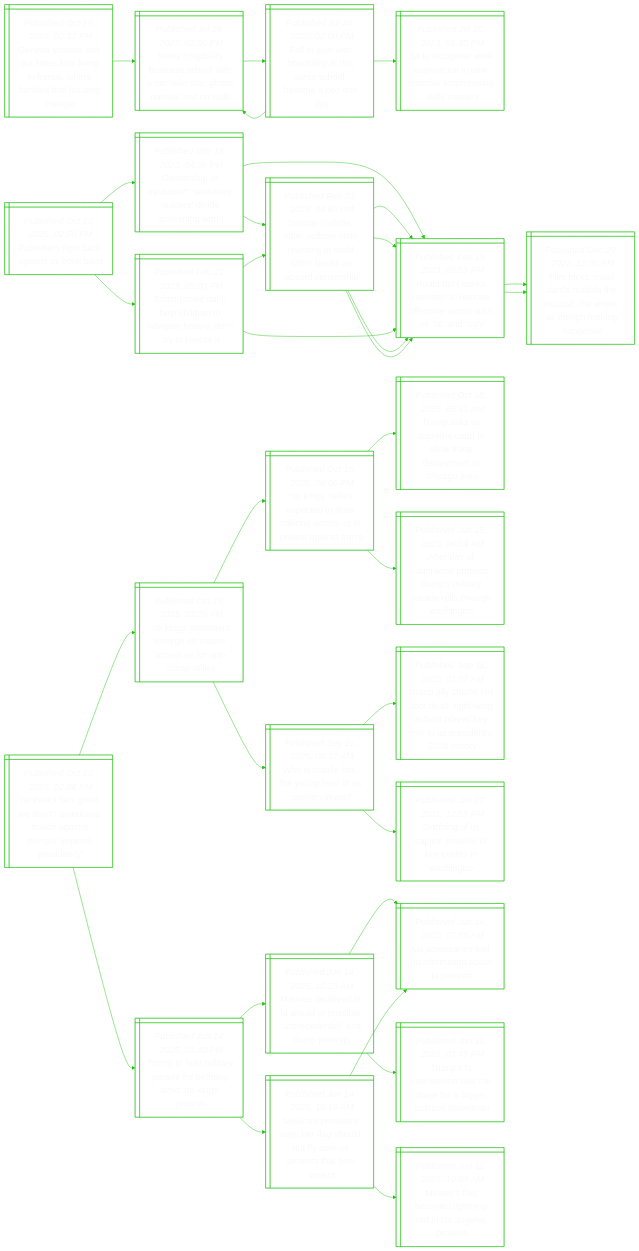
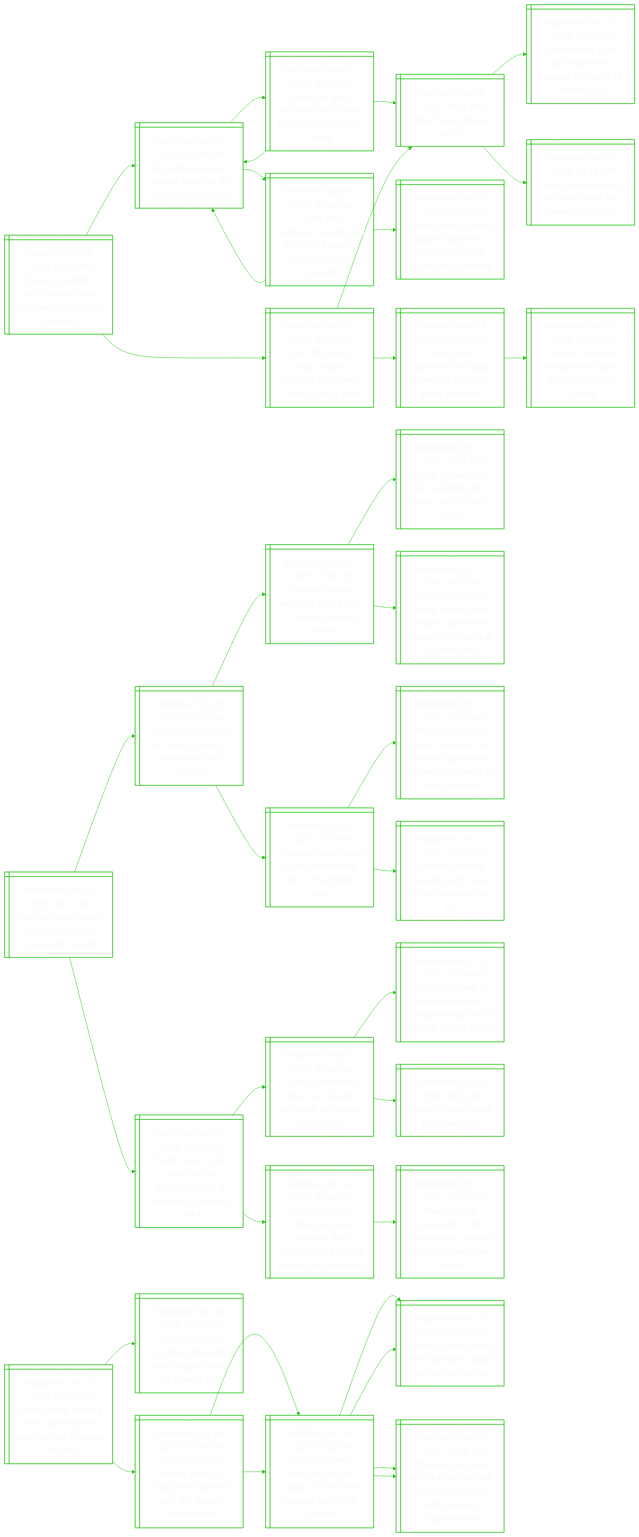
Before and after one commit to notJmes/notJmes: the diagram in README.md, drawn with Mermaid. The commit also changed other lines of this file, not shown here.

````diff
--- a/README.md
+++ b/README.md
@@ -16,106 +16,118 @@
 flowchart LR
 classDef txtsize font-size:20px;
 
-GaocSkiinemshna@{ shape: win-pane, label: "_Published Oct 19, 2025, 02:57 PM_
-Geneva schools kick out swiss kids living in france, where families find housing cheaper" }
-ShtyncwMlabtaw@{ shape: win-pane, label: "_Published Jul 24, 2023, 02:00 PM_
-Swiss hospitality business school with a michelin star, global outlook and no walls" }
-FnwoaassooEd@{ shape: win-pane, label: "_Published Jul 24, 2023, 02:00 PM_
-Fall in love with hospitality at this swiss school, become a ceo one day" }
-ShtyncwMlabtaw@{ shape: win-pane, label: "_Published Jul 24, 2023, 02:00 PM_
-Swiss hospitality business school with a michelin star, global outlook and no walls" }
-Srnopnniipskmr@{ shape: win-pane, label: "_Published Jul 20, 2023, 05:30 PM_
-Sit to recognise work experience in new initiative emphasising skills mastery" }
+Nxnimeenebe@{ shape: win-pane, label: "_Published Oct 19, 2025, 06:44 PM_
+Nuns, ex-satanic priest among seven new saints created by pope leo" }
+UdPscooimat@{ shape: win-pane, label: "_Published May 09, 2025, 12:09 AM_
+Us cardinal prevost elected pope leo xiv, first american pontiff" }
+Arnclaenigi@{ shape: win-pane, label: "_Published May 09, 2025, 06:49 AM_
+A reformer and a reconciler: what pope leo’s new reign might bring" }
+Prsa@{ shape: win-pane, label: "_Published Apr 21, 2025, 04:01 PM_
+Pope francis dies at age 88" }
+UdPscooimat@{ shape: win-pane, label: "_Published May 09, 2025, 12:09 AM_
+Us cardinal prevost elected pope leo xiv, first american pontiff" }
+IfarPeoselbia@{ shape: win-pane, label: "_Published May 09, 2025, 03:40 AM_
+In his first appearance, pope leo xiv offers three big clues about his papacy" }
+UdPscooimat@{ shape: win-pane, label: "_Published May 09, 2025, 12:09 AM_
+Us cardinal prevost elected pope leo xiv, first american pontiff" }
+Prsraoddsiasv@{ shape: win-pane, label: "_Published Apr 26, 2025, 09:05 AM_
+Pope francis’ funeral draws thousands, cardinal says his legacy must survive" }
+Gnnoflcsielta@{ shape: win-pane, label: "_Published Sep 07, 2025, 04:52 PM_
+‘god’s influencer’: pope officially declares italian teen carlo acutis a saint" }
+Prsa@{ shape: win-pane, label: "_Published Apr 21, 2025, 04:01 PM_
+Pope francis dies at age 88" }
+Prsdafoaaos@{ shape: win-pane, label: "_Published Mar 23, 2025, 01:28 AM_
+Pope francis to be discharged from hospital on march 23, doctor says" }
+PrsrVaeessl@{ shape: win-pane, label: "_Published Mar 23, 2025, 07:19 PM_
+Pope francis returns to vatican after five weeks in hospital" }
+Plsholinnsie@{ shape: win-pane, label: "_Published May 23, 2024, 06:46 PM_
+Pope clears sainthood for italian millennial known as ‘god’s influencer’" }
+Vassooesnai@{ shape: win-pane, label: "_Published May 31, 2023, 05:55 AM_
+Vatican chastises bishops who stoke division on social media" }
 
-GaocSkiinemshna:::txtsize --> ShtyncwMlabtaw:::txtsize
-ShtyncwMlabtaw:::txtsize --> FnwoaassooEd:::txtsize
-FnwoaassooEd:::txtsize --> ShtyncwMlabtaw:::txtsize
-FnwoaassooEd:::txtsize --> Srnopnniipskmr:::txtsize
+Nxnimeenebe:::txtsize --> UdPscooimat:::txtsize
+UdPscooimat:::txtsize --> Arnclaenigi:::txtsize
+Arnclaenigi:::txtsize --> Prsa:::txtsize
+Arnclaenigi:::txtsize --> UdPscooimat:::txtsize
+UdPscooimat:::txtsize --> IfarPeoselbia:::txtsize
+IfarPeoselbia:::txtsize --> UdPscooimat:::txtsize
+IfarPeoselbia:::txtsize --> Prsraoddsiasv:::txtsize
+Nxnimeenebe:::txtsize --> Gnnoflcsielta:::txtsize
+Gnnoflcsielta:::txtsize --> Prsa:::txtsize
+Prsa:::txtsize --> Prsdafoaaos:::txtsize
+Prsa:::txtsize --> PrsrVaeessl:::txtsize
+Gnnoflcsielta:::txtsize --> Plsholinnsie:::txtsize
+Plsholinnsie:::txtsize --> Vassooesnai:::txtsize
 
-Psfbgtos@{ shape: win-pane, label: "_Published Oct 19, 2025, 02:50 PM_
-Publishers fight back against us book bans" }
-Crolnitdipsw@{ shape: win-pane, label: "_Published Mar 18, 2023, 04:06 PM_
-Censorship or evolution? ‘sensitivity readers’ divide publishing world" }
-RDoetrenwssny@{ shape: win-pane, label: "_Published Feb 19, 2023, 05:59 PM_
-Roald dahl books rewritten to remove offensive words such as ‘fat’ and ‘ugly’" }
-Fioaaaulhsghae@{ shape: win-pane, label: "_Published Dec 29, 2022, 12:00 PM_
-Film picks: roald dahl’s matilda the musical, the whale, as though nothing happened" }
-SndhtseiRDbaunh@{ shape: win-pane, label: "_Published Feb 20, 2023, 04:40 PM_
-Salman rushdie, other authors slam rewriting of roald dahl’s books as ‘absurd censorship’" }
-RDoetrenwssny@{ shape: win-pane, label: "_Published Feb 19, 2023, 05:59 PM_
-Roald dahl books rewritten to remove offensive words such as ‘fat’ and ‘ugly’" }
-RDoetrenwssny@{ shape: win-pane, label: "_Published Feb 19, 2023, 05:59 PM_
-Roald dahl books rewritten to remove offensive words such as ‘fat’ and ‘ugly’" }
-Enllcrnasdree@{ shape: win-pane, label: "_Published Feb 21, 2023, 05:00 PM_
-Editing roald dahl: help children to navigate history, don’t try to rewrite it" }
-RDoetrenwssny@{ shape: win-pane, label: "_Published Feb 19, 2023, 05:59 PM_
-Roald dahl books rewritten to remove offensive words such as ‘fat’ and ‘ugly’" }
-Fioaaaulhsghae@{ shape: win-pane, label: "_Published Dec 29, 2022, 12:00 PM_
-Film picks: roald dahl’s matilda the musical, the whale, as though nothing happened" }
-SndhtseiRDbaunh@{ shape: win-pane, label: "_Published Feb 20, 2023, 04:40 PM_
-Salman rushdie, other authors slam rewriting of roald dahl’s books as ‘absurd censorship’" }
-RDoetrenwssny@{ shape: win-pane, label: "_Published Feb 19, 2023, 05:59 PM_
-Roald dahl books rewritten to remove offensive words such as ‘fat’ and ‘ugly’" }
-RDoetrenwssny@{ shape: win-pane, label: "_Published Feb 19, 2023, 05:59 PM_
-Roald dahl books rewritten to remove offensive words such as ‘fat’ and ‘ugly’" }
+ZsglgtaRari@{ shape: win-pane, label: "_Published Oct 19, 2025, 06:27 PM_
+Zelensky urges allies against appeasing russia after us trip" }
+TtZsmdshlss@{ shape: win-pane, label: "_Published Oct 18, 2025, 03:27 AM_
+Trump tells zelensky to ‘make a deal’ as tomahawk plea misfires" }
+Zseafrnouu@{ shape: win-pane, label: "_Published Oct 17, 2025, 10:31 PM_
+Zelensky seeks weapons from trump in shadow of putin summit" }
+Tttndtrttcke@{ shape: win-pane, label: "_Published Oct 16, 2025, 11:15 PM_
+Trump to meet putin in budapest after ‘great’ call to discuss ukraine" }
+Kisnpihniwbelds@{ shape: win-pane, label: "_Published Oct 17, 2025, 06:50 PM_
+Kremlin says putin-trump summit may happen within two weeks, but there’s a lot to do first" }
+Zsguerwkhds@{ shape: win-pane, label: "_Published Oct 11, 2025, 10:10 PM_
+Zelensky urges trump to end ukraine war like in ‘the middle east’" }
+TssHaossaaorslaoe@{ shape: win-pane, label: "_Published Oct 09, 2025, 05:09 AM_
+Trump says israel, hamas agree on first phase of gaza deal, allowing release of all israeli hostages" }
+Zsneitsdsit@{ shape: win-pane, label: "_Published Oct 11, 2024, 01:22 AM_
+Zelensky denies ceasefire with russia under discussion on trip" }
+Tsemunpogrnil@{ shape: win-pane, label: "_Published May 19, 2025, 10:54 PM_
+Trump says he will meet putin in budapest, touting progress in ukraine talks" }
+TPdtsUncamre@{ shape: win-pane, label: "_Published Aug 16, 2025, 03:43 AM_
+Trump-putin direct talks over ukraine conclude as summit stretches on" }
+Tweszaeiaoilst@{ shape: win-pane, label: "_Published Aug 15, 2025, 12:04 PM_
+Trump will seek to squeeze ukraine ceasefire deal out of putin at alaska summit" }
+Ddplee@{ shape: win-pane, label: "_Published Aug 15, 2025, 06:00 PM_
+Donald trump: nobel prize laureate?" }
+Tdrcaaededlncbs@{ shape: win-pane, label: "_Published Oct 14, 2025, 07:45 PM_
+Trump declares victory as gaza ceasefire deal reached, but a lasting peace may be elusive" }
+PflcoMeNelale@{ shape: win-pane, label: "_Published Oct 14, 2025, 12:05 AM_
+Peace finally descends on the middle east: now the battle to make it last begins" }
 
-Psfbgtos:::txtsize --> Crolnitdipsw:::txtsize
-Crolnitdipsw:::txtsize --> RDoetrenwssny:::txtsize
-RDoetrenwssny:::txtsize --> Fioaaaulhsghae:::txtsize
-Crolnitdipsw:::txtsize --> SndhtseiRDbaunh:::txtsize
-SndhtseiRDbaunh:::txtsize --> RDoetrenwssny:::txtsize
-SndhtseiRDbaunh:::txtsize --> RDoetrenwssny:::txtsize
-Psfbgtos:::txtsize --> Enllcrnasdree:::txtsize
-Enllcrnasdree:::txtsize --> RDoetrenwssny:::txtsize
-RDoetrenwssny:::txtsize --> Fioaaaulhsghae:::txtsize
-Enllcrnasdree:::txtsize --> SndhtseiRDbaunh:::txtsize
-SndhtseiRDbaunh:::txtsize --> RDoetrenwssny:::txtsize
-SndhtseiRDbaunh:::txtsize --> RDoetrenwssny:::txtsize
+ZsglgtaRari:::txtsize --> TtZsmdshlss:::txtsize
+TtZsmdshlss:::txtsize --> Zseafrnouu:::txtsize
+Zseafrnouu:::txtsize --> Tttndtrttcke:::txtsize
+Zseafrnouu:::txtsize --> Kisnpihniwbelds:::txtsize
+TtZsmdshlss:::txtsize --> Zsguerwkhds:::txtsize
+Zsguerwkhds:::txtsize --> TssHaossaaorslaoe:::txtsize
+Zsguerwkhds:::txtsize --> Zsneitsdsit:::txtsize
+ZsglgtaRari:::txtsize --> Tsemunpogrnil:::txtsize
+Tsemunpogrnil:::txtsize --> TPdtsUncamre:::txtsize
+TPdtsUncamre:::txtsize --> Tweszaeiaoilst:::txtsize
+TPdtsUncamre:::txtsize --> Ddplee:::txtsize
+Tsemunpogrnil:::txtsize --> Tdrcaaededlncbs:::txtsize
+Tdrcaaededlncbs:::txtsize --> PflcoMeNelale:::txtsize
 
-Hnstnrshnumasc@{ shape: win-pane, label: "_Published Oct 19, 2025, 02:06 PM_
-‘he thinks he’s great, we don’t’: americans march against trump’s ‘imperial presidency’" }
-NgtrrmasrTre@{ shape: win-pane, label: "_Published Oct 19, 2025, 03:25 AM_
-‘no kings’ protesters emerge en masse across us for anti-trump rallies" }
-NglxerlssneaT@{ shape: win-pane, label: "_Published Oct 18, 2025, 06:06 PM_
-‘no kings’ rallies expected to draw millions across us in protest against trump" }
-TaSeuatdytcr@{ shape: win-pane, label: "_Published Oct 18, 2025, 05:41 AM_
-Trump asks us supreme court to allow troop deployment to chicago area" }
-AdnnpsuiralrWn@{ shape: win-pane, label: "_Published Jun 15, 2025, 06:04 AM_
-After day of nationwide protests, trump’s military parade rolls through washington" }
-WCikoeUst@{ shape: win-pane, label: "_Published Sep 11, 2025, 06:17 AM_
-Who is charlie kirk, the young hero of us conservatives?" }
-TahesegnipdoUstt@{ shape: win-pane, label: "_Published Sep 11, 2025, 03:07 AM_
-Trump ally charlie kirk shot dead; right-wing activist played key role in us president’s 2024 victory" }
-SiUiinenWn@{ shape: win-pane, label: "_Published Jan 07, 2021, 12:55 PM_
-Storming of us capitol: timeline of key events in washington" }
-TtttafryNgt@{ shape: win-pane, label: "_Published Jun 14, 2025, 03:40 PM_
-Trump to host military parade for birthday amid ‘no kings’ protests" }
-Melihfineeipe@{ shape: win-pane, label: "_Published Jun 14, 2025, 10:23 AM_
-Marines deployed in la ahead of possible ‘unprecedented’ anti-trump protests" }
-Ueieimntos@{ shape: win-pane, label: "_Published Jun 14, 2025, 07:55 AM_
-Us adversaries fuel disinformation about la protests" }
-Tstnshgaeild@{ shape: win-pane, label: "_Published Jun 11, 2025, 03:45 PM_
-Trump’s la intervention sets the stage for a bigger political showdown" }
-Mosthautvpsane@{ shape: win-pane, label: "_Published Jun 14, 2025, 10:16 AM_
-Mexico’s president says her flag should not fly over us protests that turn violent" }
-MogmgniAet@{ shape: win-pane, label: "_Published Jun 11, 2025, 10:03 AM_
-Mexico’s flag becomes lightning rod in los angeles protests" }
-Ueieimntos@{ shape: win-pane, label: "_Published Jun 14, 2025, 07:55 AM_
-Us adversaries fuel disinformation about la protests" }
+BsioilPeeemcr@{ shape: win-pane, label: "_Published Oct 19, 2025, 06:21 PM_
+British police ‘looking into’ claims prince andrew tried to smear accuser" }
+BiingunluYteaas@{ shape: win-pane, label: "_Published Oct 18, 2025, 03:26 AM_
+Britain’s prince andrew gives up using title of duke of york, still denies accusations" }
+Peeuaaaehatho@{ shape: win-pane, label: "_Published Oct 16, 2025, 06:12 PM_
+Prince andrew accuser says he acted as if sex with her was ‘birthright’: memoir" }
+Ltdiruooscr@{ shape: win-pane, label: "_Published Dec 15, 2024, 08:55 PM_
+Latest scandal raises fresh questions about uk’s prince andrew" }
+CtnkheYvalJetuen@{ shape: win-pane, label: "_Published Sep 23, 2025, 12:56 AM_
+Charities end links with duchess of york over e-mail calling jeffrey epstein ‘supreme friend’" }
+Peeuaaaehatho@{ shape: win-pane, label: "_Published Oct 16, 2025, 06:12 PM_
+Prince andrew accuser says he acted as if sex with her was ‘birthright’: memoir" }
+Ltdiruooscr@{ shape: win-pane, label: "_Published Dec 15, 2024, 08:55 PM_
+Latest scandal raises fresh questions about uk’s prince andrew" }
+CtnkheYvalJetuen@{ shape: win-pane, label: "_Published Sep 23, 2025, 12:56 AM_
+Charities end links with duchess of york over e-mail calling jeffrey epstein ‘supreme friend’" }
+Biinastiifeal@{ shape: win-pane, label: "_Published Feb 16, 2022, 12:22 AM_
+Britain's prince andrew agrees to settle virginia giuffre sex assault claim" }
 
-Hnstnrshnumasc:::txtsize --> NgtrrmasrTre:::txtsize
-NgtrrmasrTre:::txtsize --> NglxerlssneaT:::txtsize
-NglxerlssneaT:::txtsize --> TaSeuatdytcr:::txtsize
-NglxerlssneaT:::txtsize --> AdnnpsuiralrWn:::txtsize
-NgtrrmasrTre:::txtsize --> WCikoeUst:::txtsize
-WCikoeUst:::txtsize --> TahesegnipdoUstt:::txtsize
-WCikoeUst:::txtsize --> SiUiinenWn:::txtsize
-Hnstnrshnumasc:::txtsize --> TtttafryNgt:::txtsize
-TtttafryNgt:::txtsize --> Melihfineeipe:::txtsize
-Melihfineeipe:::txtsize --> Ueieimntos:::txtsize
-Melihfineeipe:::txtsize --> Tstnshgaeild:::txtsize
-TtttafryNgt:::txtsize --> Mosthautvpsane:::txtsize
-Mosthautvpsane:::txtsize --> MogmgniAet:::txtsize
-Mosthautvpsane:::txtsize --> Ueieimntos:::txtsize
+BsioilPeeemcr:::txtsize --> BiingunluYteaas:::txtsize
+BiingunluYteaas:::txtsize --> Peeuaaaehatho:::txtsize
+Peeuaaaehatho:::txtsize --> Ltdiruooscr:::txtsize
+Peeuaaaehatho:::txtsize --> CtnkheYvalJetuen:::txtsize
+BiingunluYteaas:::txtsize --> Peeuaaaehatho:::txtsize
+Peeuaaaehatho:::txtsize --> Ltdiruooscr:::txtsize
+Peeuaaaehatho:::txtsize --> CtnkheYvalJetuen:::txtsize
+BsioilPeeemcr:::txtsize --> Biinastiifeal:::txtsize
 
 ```
````
